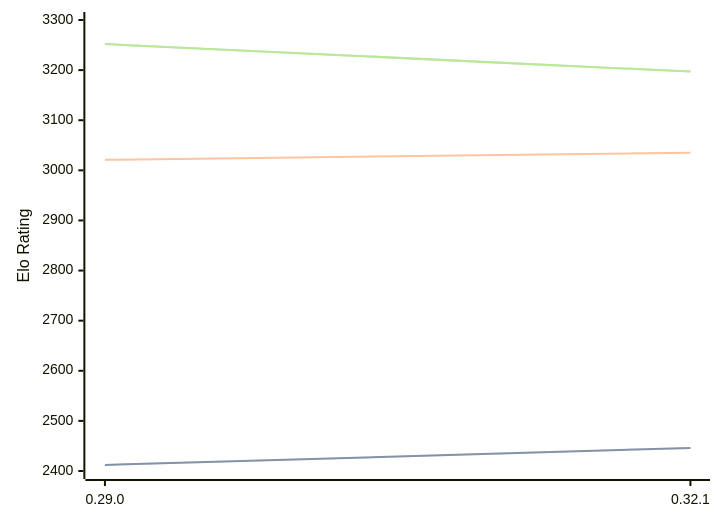
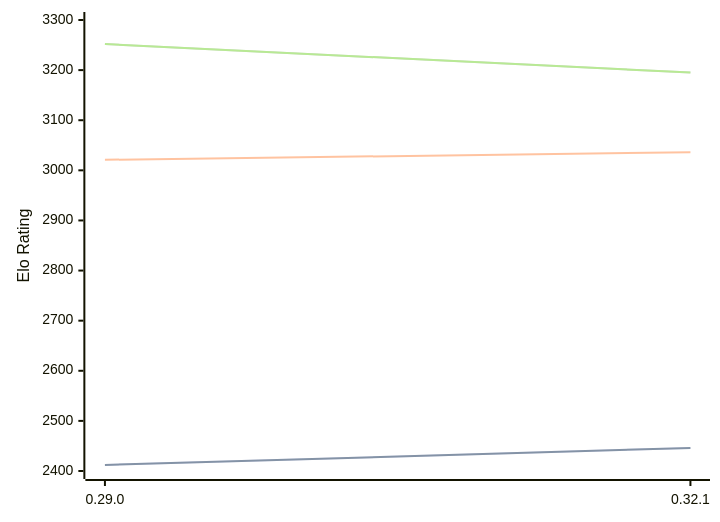
The diagram in engines/Lc0.md (computer-chess-index/cci), drawn with Mermaid before and after one commit. The commit also changed other lines of this file, not shown here.

Commit message:
Update CCI Ratings (ELO VLTC) - 2026-03-26

````diff
--- a/engines/Lc0.md
+++ b/engines/Lc0.md
@@ -68,11 +68,11 @@
 ```mermaid
 %%{init: {"theme":"base","themeVariables":{"seriesColors:['#a3a3a3','#222221','#faa371']}}}%%
 xychart-beta
   x-axis ["0.29.0", "0.32.1"]
   y-axis "Elo Rating" 2400 --> 3300
   line "STC (8.0+0.08s)" [2412, 2446]
   line "STC (8.0+0.08s)" [2412, 2446]
-  line "LTC (60.0+0.60s)" [3021, 3035]
-  line "VLTC (2m24s+1.12s)" [3252, 3197]
-  line "VLTC (2m24s+1.12s)" [3252, 3197]
+  line "LTC (60.0+0.60s)" [3021, 3036]
+  line "VLTC (2m24s+1.12s)" [3252, 3195]
+  line "VLTC (2m24s+1.12s)" [3252, 3195]
 ```
````
